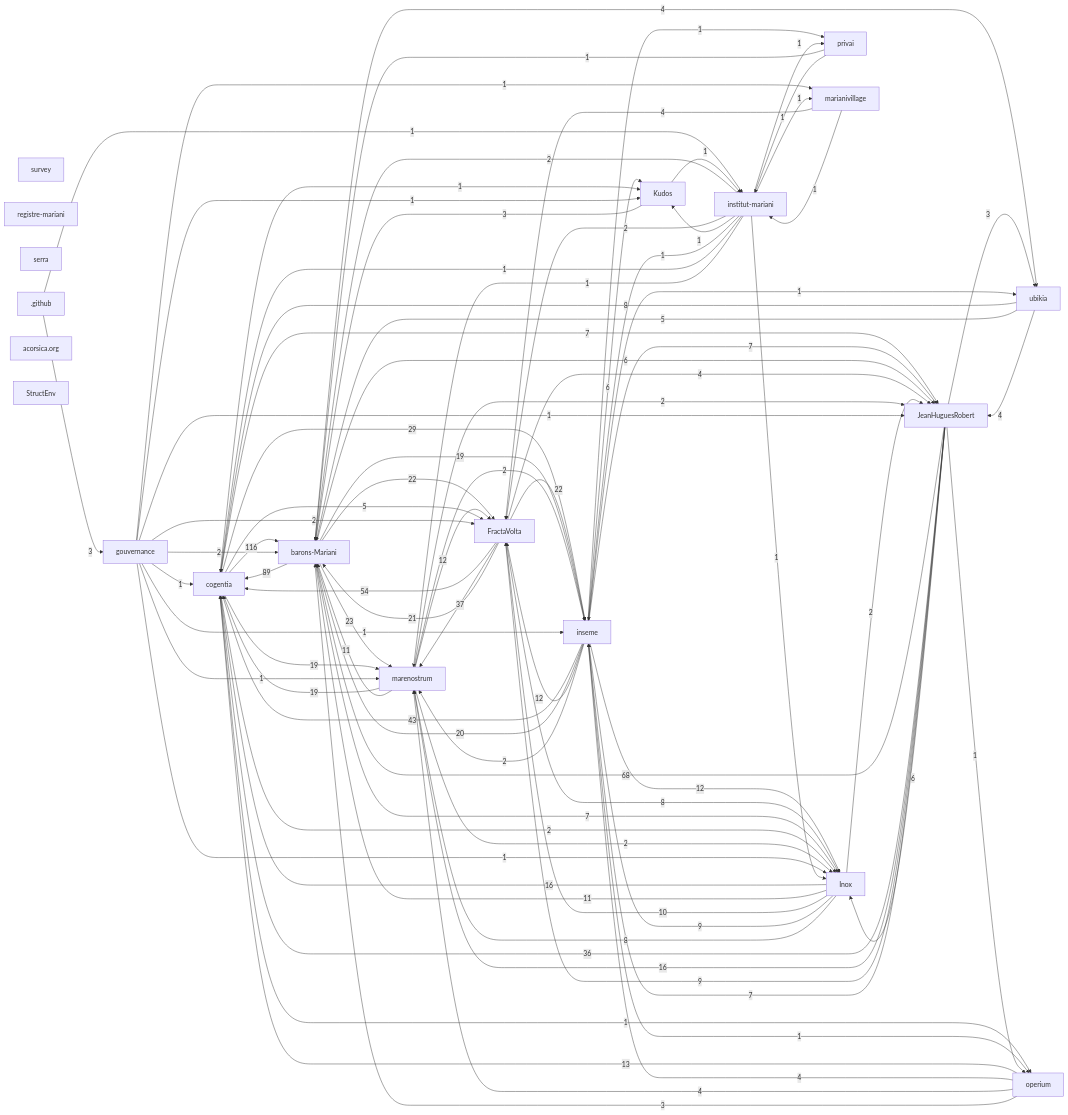
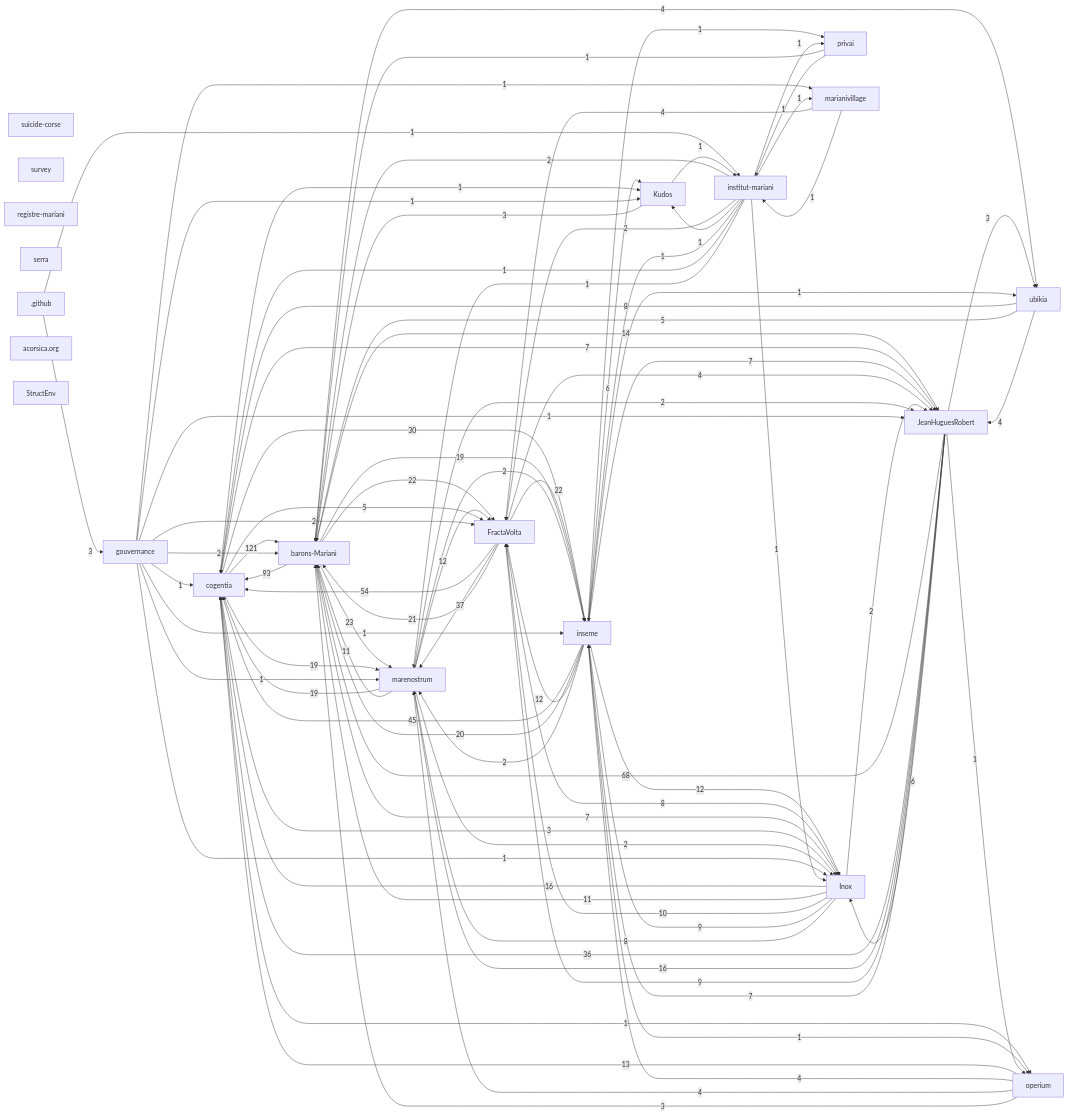
Before and after one commit to JeanHuguesRobert/FractaVolta: the first of 2 diagrams in research/corpus-status.md, drawn with Mermaid. The commit also changed other lines of this file and 3 other files, not shown here.

```diff
--- a/research/corpus-status.md
+++ b/research/corpus-status.md
@@ -59,6 +60,7 @@
   r_fractavolta["FractaVolta"]
   r_marenostrum["marenostrum"]
   r_barons_mariani["barons-Mariani"]
+  r_suicide_corse["suicide-corse"]
   r_inseme["inseme"]
   r_survey["survey"]
   r_inox["Inox"]
@@ -75,14 +77,14 @@
   r_github[".github"]
   r_acorsica_org["acorsica.org"]
   r_structenv["StructEnv"]
-  r_cogentia -->|116| r_barons_mariani
-  r_barons_mariani -->|89| r_cogentia
+  r_cogentia -->|121| r_barons_mariani
+  r_barons_mariani -->|93| r_cogentia
   r_jeanhuguesrobert -->|68| r_barons_mariani
   r_fractavolta -->|54| r_cogentia
-  r_inseme -->|43| r_cogentia
+  r_inseme -->|45| r_cogentia
   r_fractavolta -->|37| r_marenostrum
   r_jeanhuguesrobert -->|36| r_cogentia
-  r_cogentia -->|29| r_inseme
+  r_cogentia -->|30| r_inseme
   r_barons_mariani -->|23| r_marenostrum
   r_barons_mariani -->|22| r_fractavolta
   r_fractavolta -->|22| r_inseme
@@ -93,6 +95,7 @@
   r_marenostrum -->|19| r_cogentia
   r_inox -->|16| r_cogentia
   r_jeanhuguesrobert -->|16| r_marenostrum
+  r_barons_mariani -->|14| r_jeanhuguesrobert
   r_operium -->|13| r_cogentia
   r_inseme -->|12| r_fractavolta
   r_inseme -->|12| r_inox
@@ -109,7 +112,6 @@
   r_cogentia -->|7| r_jeanhuguesrobert
   r_inseme -->|7| r_jeanhuguesrobert
   r_jeanhuguesrobert -->|7| r_inseme
-  r_barons_mariani -->|6| r_jeanhuguesrobert
   r_inseme -->|6| r_kudos
   r_jeanhuguesrobert -->|6| r_inox
   r_cogentia -->|5| r_fractavolta
@@ -121,10 +123,10 @@
   r_operium -->|4| r_marenostrum
   r_ubikia -->|4| r_jeanhuguesrobert
   r_github -->|3| r_gouvernance
+  r_cogentia -->|3| r_inox
   r_jeanhuguesrobert -->|3| r_ubikia
   r_kudos -->|3| r_barons_mariani
   r_operium -->|3| r_barons_mariani
-  r_cogentia -->|2| r_inox
   r_gouvernance -->|2| r_barons_mariani
   r_gouvernance -->|2| r_fractavolta
   r_inox -->|2| r_jeanhuguesrobert
```
